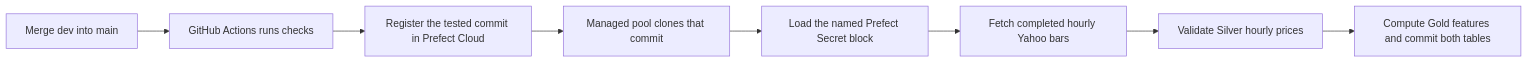
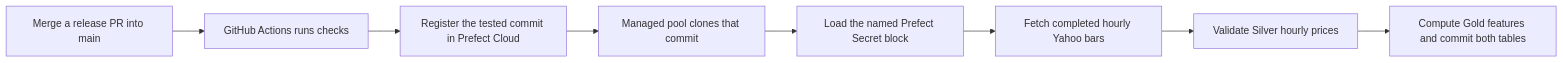
The diagram in docs/DEPLOYMENT.md (soloshun/market-data-ml-pipeline), drawn with Mermaid before and after one commit. The commit also changed other lines of this file and 23 other files, not shown here.

````diff
--- a/docs/DEPLOYMENT.md
+++ b/docs/DEPLOYMENT.md
@@ -5,10 +5,10 @@
 ```mermaid
 flowchart LR
-    A["Merge dev into main"] --> B["GitHub Actions runs checks"]
+    A["Merge a release PR into main"] --> B["GitHub Actions runs checks"]
     B --> C["Register the tested commit in Prefect Cloud"]
     C --> D["Managed pool clones that commit"]
     D --> E["Load the named Prefect Secret block"]
     E --> F["Fetch completed hourly Yahoo bars"]
     F --> G["Validate Silver hourly prices"]
     G --> H["Compute Gold features and commit both tables"]
 ```
````
